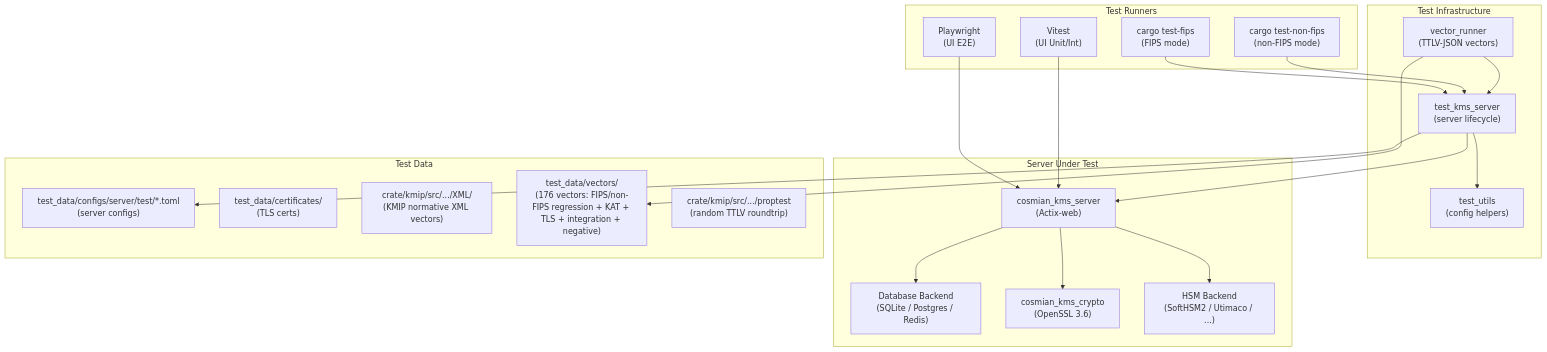
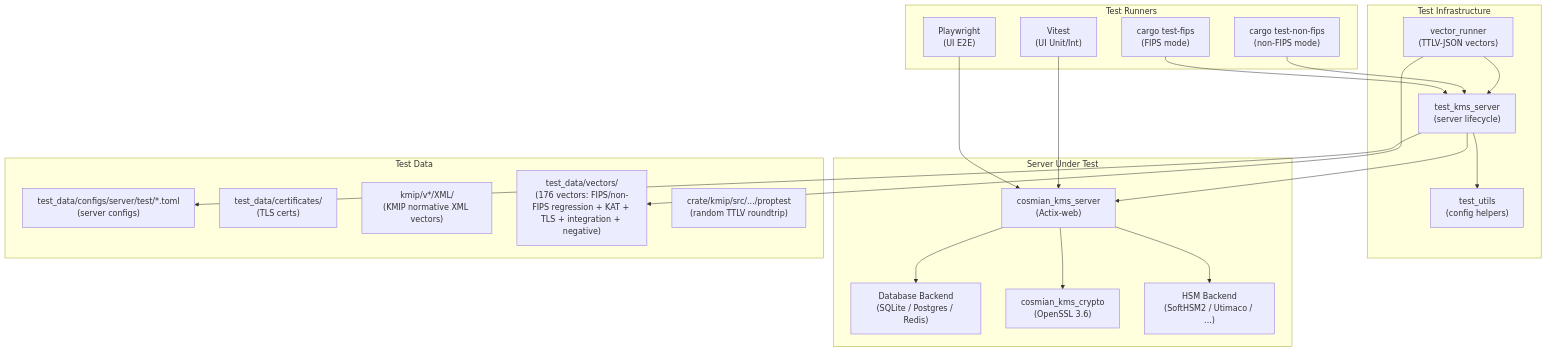
Before and after one commit to Cosmian/kms: the first of 2 diagrams in TESTS.md, drawn with Mermaid. The commit also changed 312 other files, not shown here.

````diff
--- a/TESTS.md
+++ b/TESTS.md
@@ -9,43 +9,43 @@
 ```mermaid
 flowchart TD
     subgraph TestRunners["Test Runners"]
         CT["cargo test-fips\n(FIPS mode)"]
         CNF["cargo test-non-fips\n(non-FIPS mode)"]
         PW["Playwright\n(UI E2E)"]
         VT["Vitest\n(UI Unit/Int)"]
     end
 
     subgraph TestInfra["Test Infrastructure"]
         TKS["test_kms_server\n(server lifecycle)"]
         TU["test_utils\n(config helpers)"]
         TV["vector_runner\n(TTLV-JSON vectors)"]
     end
 
     subgraph ServerUnderTest["Server Under Test"]
         KMS["cosmian_kms_server\n(Actix-web)"]
         DB["Database Backend\n(SQLite / Postgres / Redis)"]
         CR["cosmian_kms_crypto\n(OpenSSL 3.6)"]
         HSM["HSM Backend\n(SoftHSM2 / Utimaco / ...)"]
     end
 
     subgraph TestData["Test Data"]
         TOML["test_data/configs/server/test/*.toml\n(server configs)"]
         CERT["test_data/certificates/\n(TLS certs)"]
-        XML["crate/kmip/src/.../XML/\n(KMIP normative XML vectors)"]
+        XML["kmip/v*/XML/\n(KMIP normative XML vectors)"]
         VEC["test_data/vectors/\n(176 vectors: FIPS/non-FIPS regression + KAT + TLS + integration + negative)"]
         PROP["crate/kmip/src/.../proptest\n(random TTLV roundtrip)"]
     end
 
     CT --> TKS
     CNF --> TKS
     TKS --> KMS
     TKS --> TU
     TV --> TKS
     KMS --> DB
     KMS --> CR
     KMS --> HSM
     TKS --> TOML
     TV --> VEC
     PW --> KMS
     VT --> KMS
 ```
````
